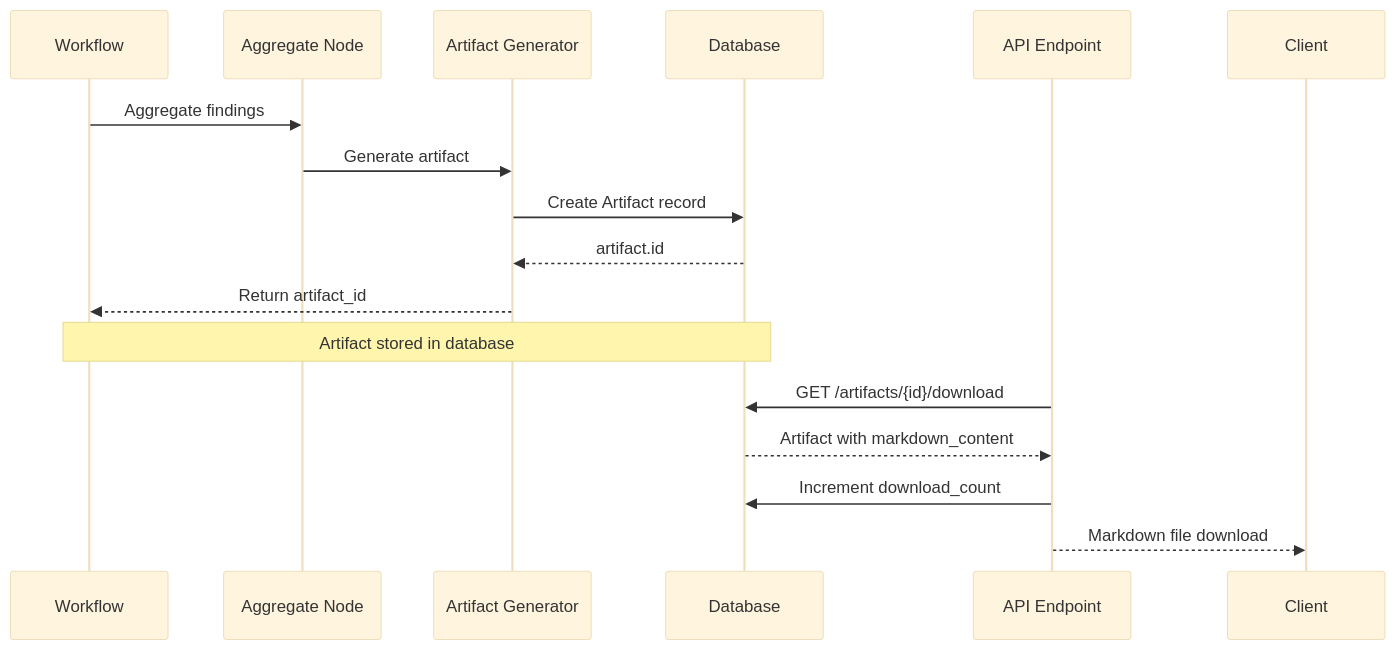
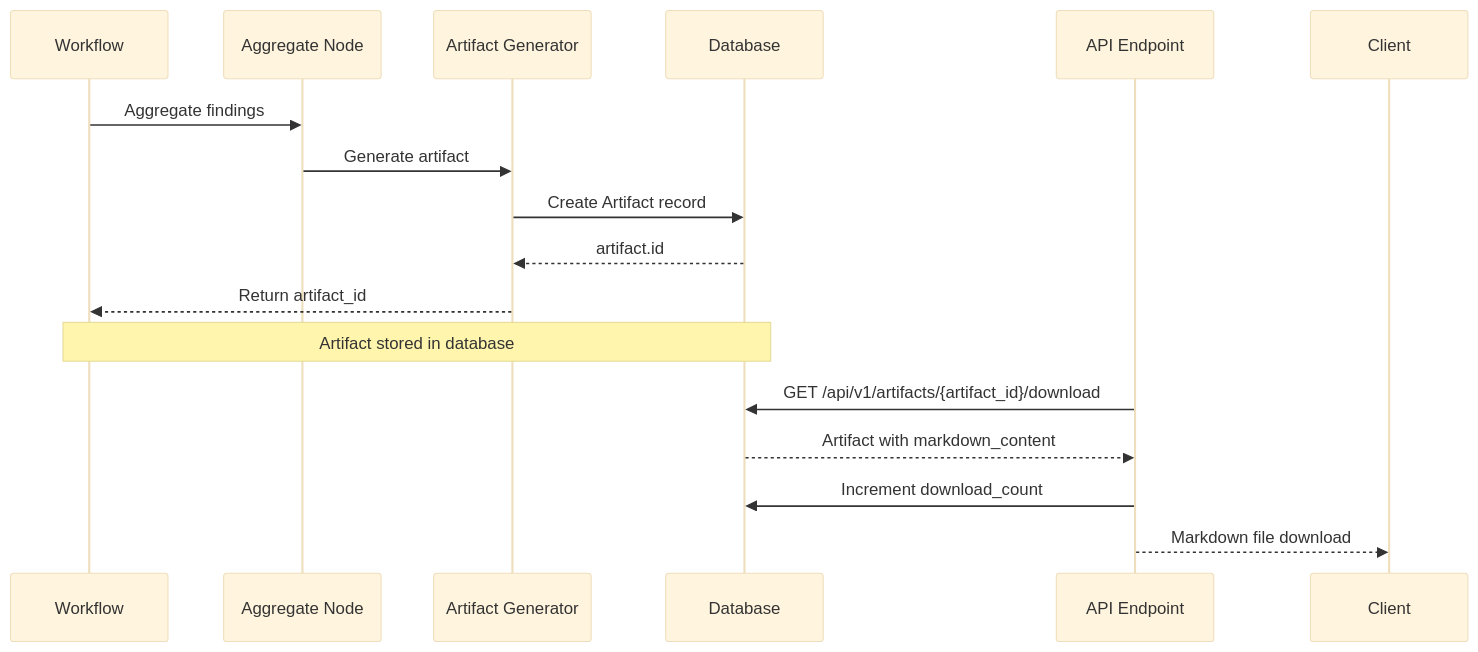
One commit to ArieGoldkin/SkillForge changed the second of 2 diagrams in docs/ARTIFACT_STRUCTURE.md. Above: the diagram before and after it, drawn with Mermaid (base theme). The commit also changed 12 other files, not shown here.

First line of the commit message:
fix(docs): align architecture diagrams with current flows

````diff
--- a/docs/ARTIFACT_STRUCTURE.md
+++ b/docs/ARTIFACT_STRUCTURE.md
@@ -236,21 +236,21 @@
 ```mermaid
 sequenceDiagram
     participant W as Workflow
     participant AGG as Aggregate Node
     participant AG as Artifact Generator
     participant DB as Database
     participant API as API Endpoint
 
     W->>AGG: Aggregate findings
     AGG->>AG: Generate artifact
     AG->>DB: Create Artifact record
     DB-->>AG: artifact.id
     AG-->>W: Return artifact_id
     
     Note over W,DB: Artifact stored in database
     
-    API->>DB: GET /artifacts/{id}/download
+    API->>DB: GET /api/v1/artifacts/{artifact_id}/download
     DB-->>API: Artifact with markdown_content
     API->>DB: Increment download_count
     API-->>Client: Markdown file download
 ```
````
